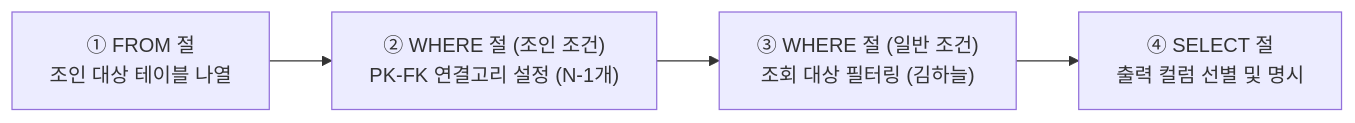
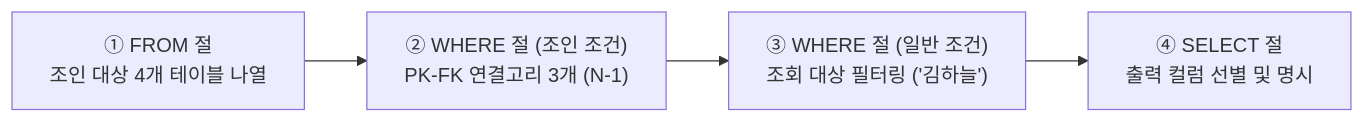
Before and after one commit to postforty/kor-dbms-class: the fourth of 7 diagrams in sec08/08_01_join_guide.md, drawn with Mermaid. The commit also changed other lines of this file and 1 other file, not shown here.

````diff
--- a/sec08/08_01_join_guide.md
+++ b/sec08/08_01_join_guide.md
@@ -230,6 +440,6 @@
 ```mermaid
 flowchart LR
-    Step1["① FROM 절<br>조인 대상 테이블 나열"] --> Step2["② WHERE 절 (조인 조건)<br>PK-FK 연결고리 설정 (N-1개)"]
-    Step2 --> Step3["③ WHERE 절 (일반 조건)<br>조회 대상 필터링 (김하늘)"]
+    Step1["① FROM 절<br>조인 대상 4개 테이블 나열"] --> Step2["② WHERE 절 (조인 조건)<br>PK-FK 연결고리 3개 (N-1)"]
+    Step2 --> Step3["③ WHERE 절 (일반 조건)<br>조회 대상 필터링 ('김하늘')"]
     Step3 --> Step4["④ SELECT 절<br>출력 컬럼 선별 및 명시"]
 ```
````
